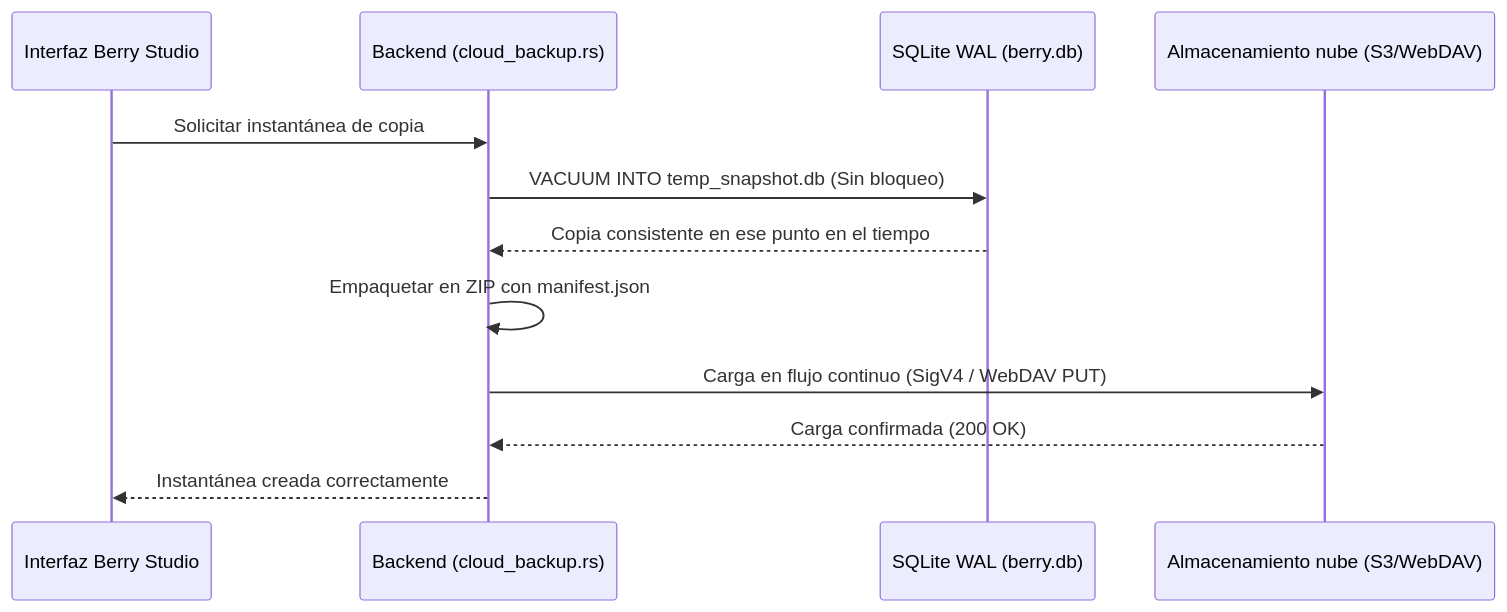
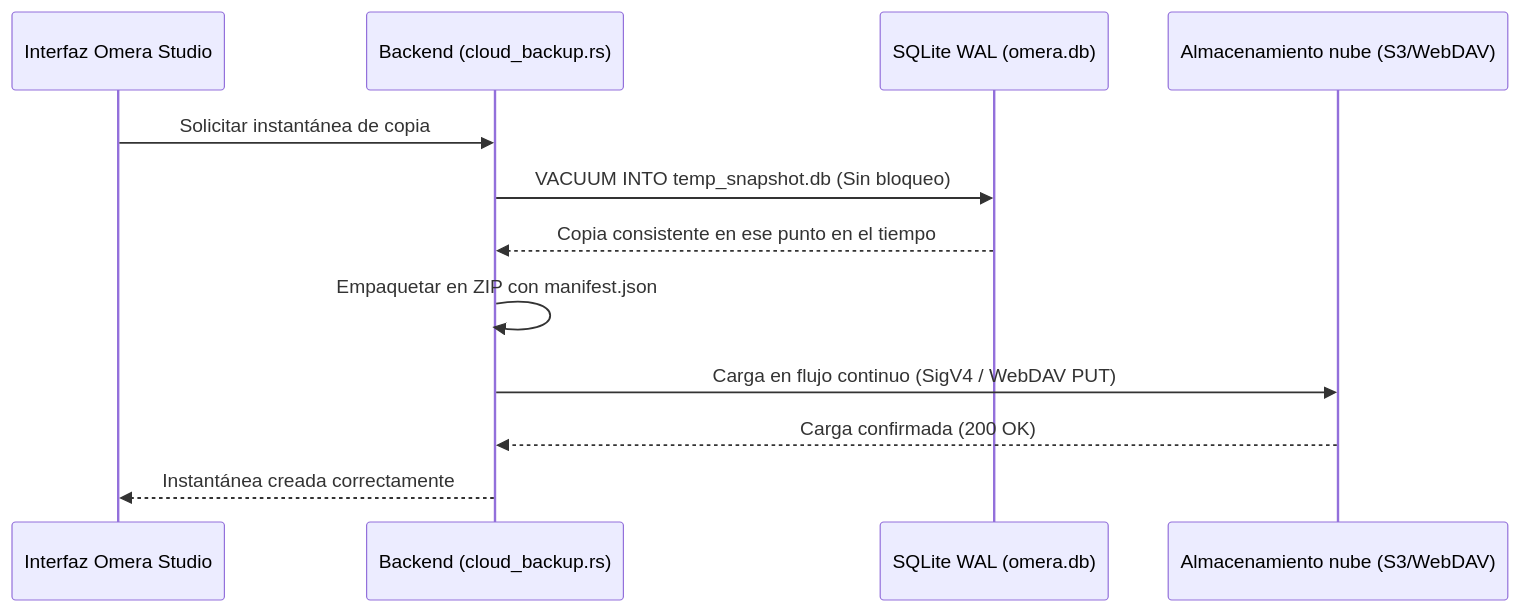
Before and after one commit to BerryUIKI/Berry-AI-Studio: the diagram in docs/wiki/es/05-export-and-collaboration/cloud-backup-and-sync.md, drawn with Mermaid. The commit also changed other lines of this file and 224 other files, not shown here.

````diff
--- a/docs/wiki/es/05-export-and-collaboration/cloud-backup-and-sync.md
+++ b/docs/wiki/es/05-export-and-collaboration/cloud-backup-and-sync.md
@@ -23,15 +23,15 @@
 ```mermaid
 sequenceDiagram
-    participant UI as Interfaz Berry Studio
+    participant UI as Interfaz Omera Studio
     participant Rust as Backend (cloud_backup.rs)
-    participant DB as SQLite WAL (berry.db)
+    participant DB as SQLite WAL (omera.db)
     participant Remote as Almacenamiento nube (S3/WebDAV)
 
     UI->>Rust: Solicitar instantánea de copia
     Rust->>DB: VACUUM INTO temp_snapshot.db (Sin bloqueo)
     DB-->>Rust: Copia consistente en ese punto en el tiempo
     Rust->>Rust: Empaquetar en ZIP con manifest.json
     Rust->>Remote: Carga en flujo continuo (SigV4 / WebDAV PUT)
     Remote-->>Rust: Carga confirmada (200 OK)
     Rust-->>UI: Instantánea creada correctamente
 ```
````
